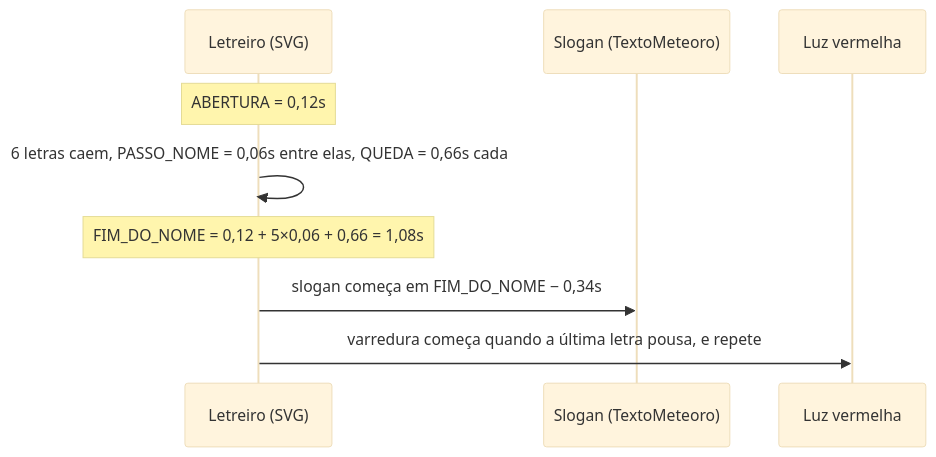
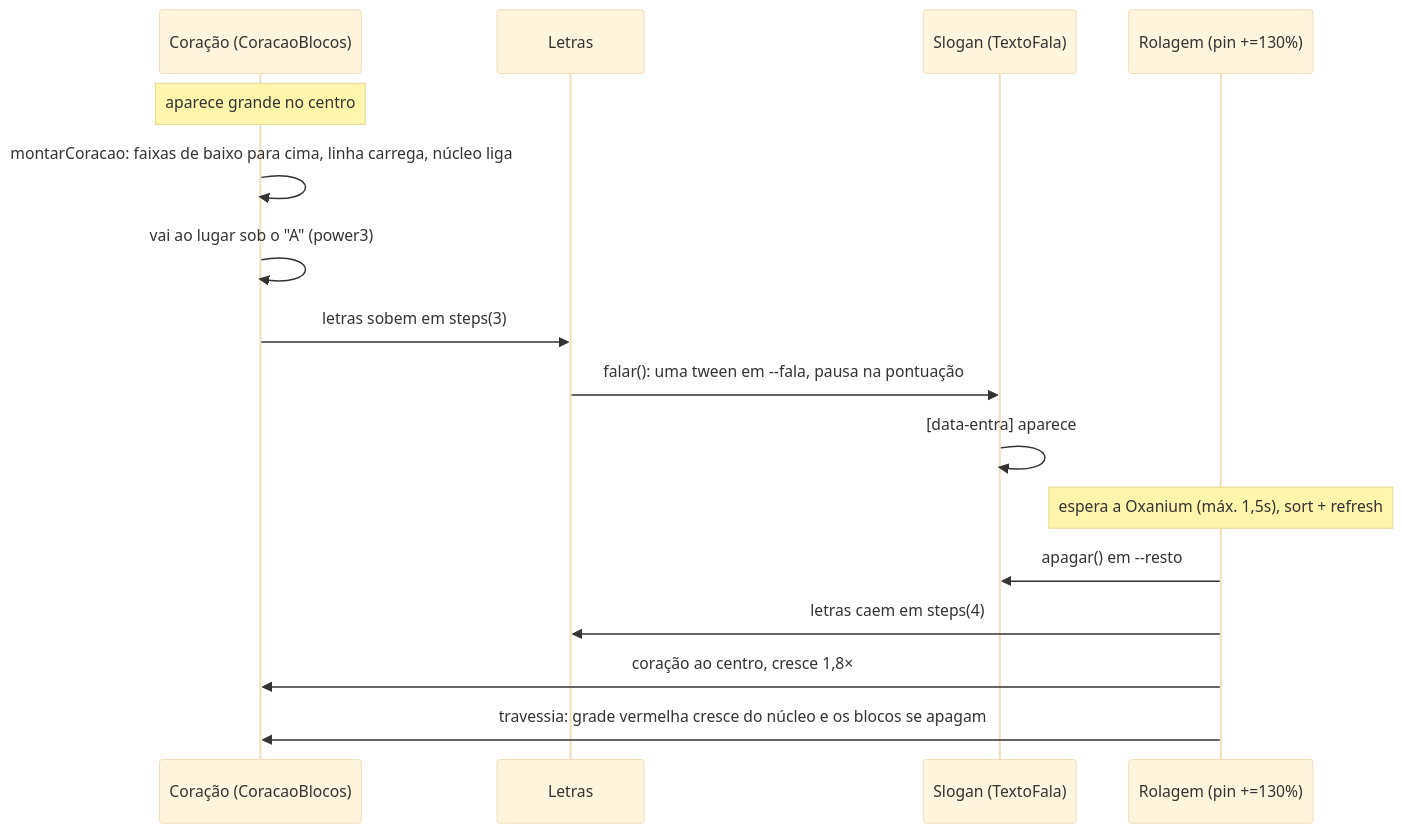
Before and after one commit to SamuelcCouto/detera-premium: the fourth of 4 diagrams in docs/CODEBASE_MAP.md, drawn with Mermaid (base theme). The commit also changed other lines of this file and 2 other files, not shown here.

First line of the commit message:
Mapa do código atualizado para a v2 e travessões fora do formulário

````diff
--- a/docs/CODEBASE_MAP.md
+++ b/docs/CODEBASE_MAP.md
@@ -254,11 +313,18 @@
 ```mermaid
 sequenceDiagram
-    participant L as Letreiro (SVG)
-    participant S as Slogan (TextoMeteoro)
-    participant V as Luz vermelha
-    Note over L: ABERTURA = 0,12s
-    L->>L: 6 letras caem, PASSO_NOME = 0,06s entre elas, QUEDA = 0,66s cada
-    Note over L: FIM_DO_NOME = 0,12 + 5×0,06 + 0,66 = 1,08s
-    L->>S: slogan começa em FIM_DO_NOME − 0,34s
-    L->>V: varredura começa quando a última letra pousa, e repete
+    participant C as Coração (CoracaoBlocos)
+    participant L as Letras
+    participant S as Slogan (TextoFala)
+    participant R as Rolagem (pin +=130%)
+    Note over C: aparece grande no centro
+    C->>C: montarCoracao: faixas de baixo para cima, linha carrega, núcleo liga
+    C->>C: vai ao lugar sob o "A" (power3)
+    C->>L: letras sobem em steps(3)
+    L->>S: falar(): uma tween em --fala, pausa na pontuação
+    S->>S: [data-entra] aparece
+    Note over R: espera a Oxanium (máx. 1,5s), sort + refresh
+    R->>S: apagar() em --resto
+    R->>L: letras caem em steps(4)
+    R->>C: coração ao centro, cresce 1,8×
+    R->>C: travessia: grade vermelha cresce do núcleo e os blocos se apagam
 ```
````
